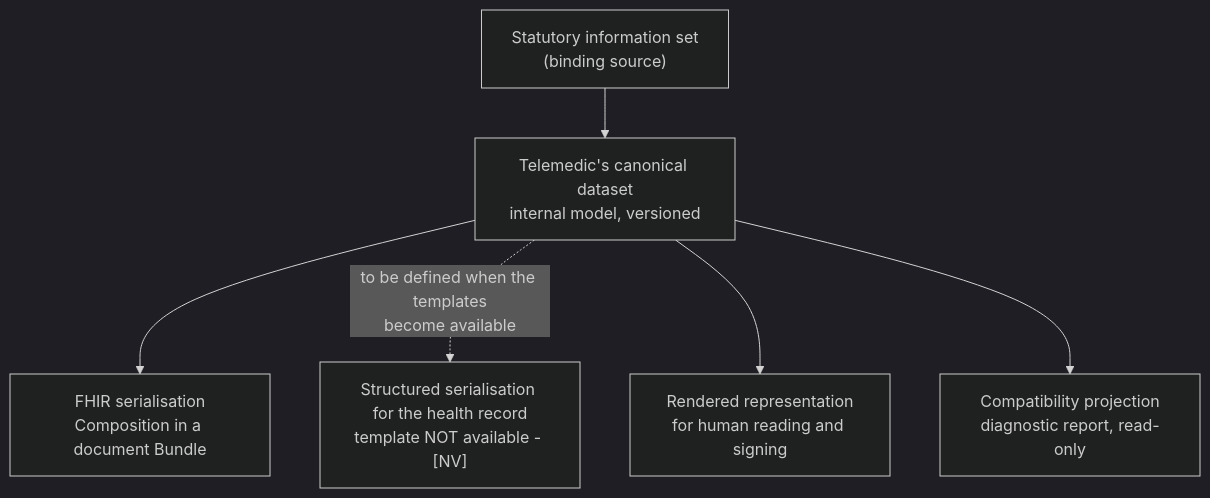
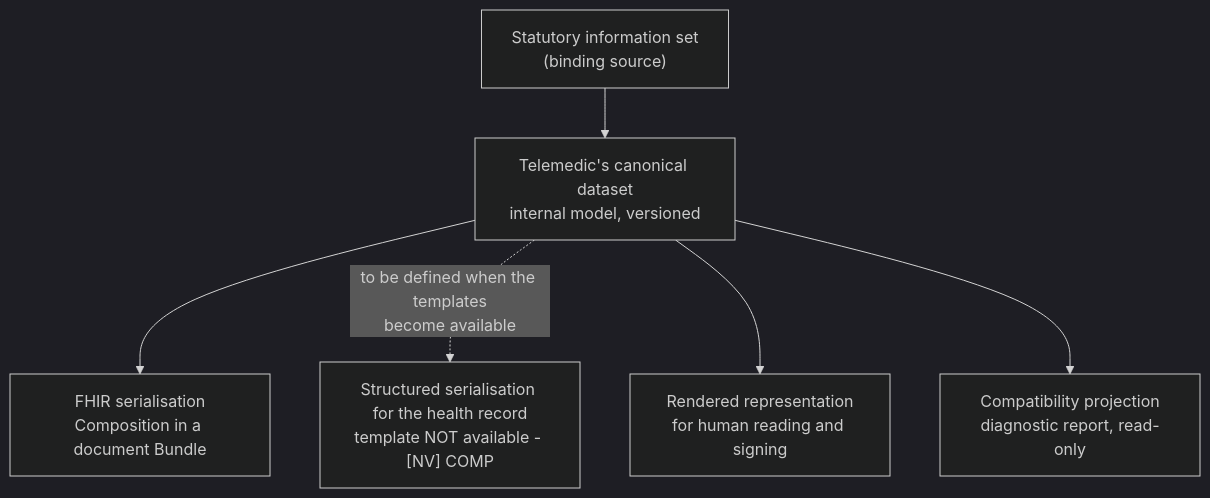
The first of 2 diagrams in website/i18n/en/docusaurus-plugin-content-docs/current/04_protocols/03-documenti-clinici.md (fedcal/Telemedic), drawn with Mermaid (dark theme) before and after one commit. The commit also changed other lines of this file and 284 other files, not shown here.

````diff
--- a/website/i18n/en/docusaurus-plugin-content-docs/current/04_protocols/03-documenti-clinici.md
+++ b/website/i18n/en/docusaurus-plugin-content-docs/current/04_protocols/03-documenti-clinici.md
@@ -39,14 +39,14 @@
 ```mermaid
 flowchart TD
     N["Statutory information set<br/>(binding source)"]
     D["Telemedic's canonical dataset<br/>internal model, versioned"]
     S1["FHIR serialisation<br/>Composition in a document Bundle"]
-    S2["Structured serialisation for the health record<br/>template NOT available - [NV]"]
+    S2["Structured serialisation for the health record<br/>template NOT available - [NV] COMP"]
     S3["Rendered representation<br/>for human reading and signing"]
     S4["Compatibility projection<br/>diagnostic report, read-only"]
     N --> D
     D --> S1
     D -.->|"to be defined when the templates<br/>become available"| S2
     D --> S3
     D --> S4
 ```
````
